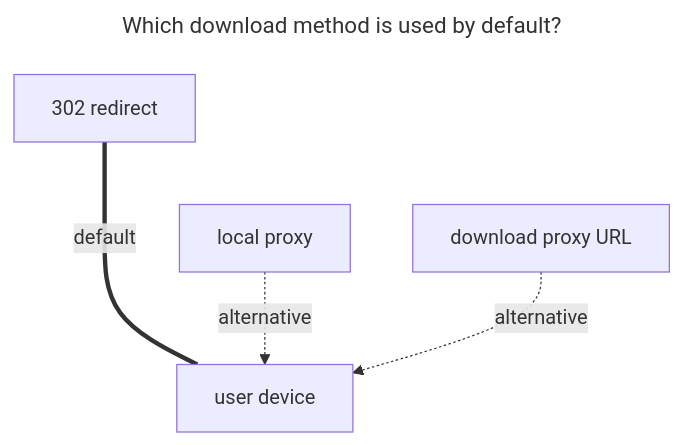
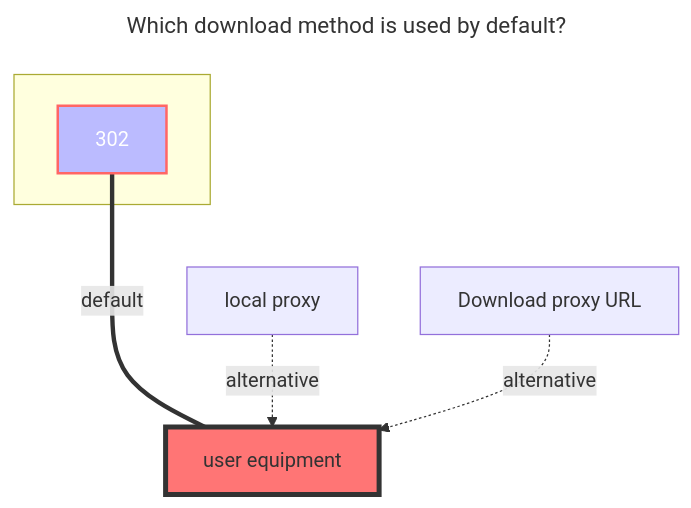
Before and after one commit to OpenListTeam/OpenList-Docs: the first of 2 diagrams in pages/guide/drivers/139.md, drawn with Mermaid. The commit also changed other lines of this file, not shown here.

Commit message:
docs: restore 139Yun diagram rendering

````diff
--- a/pages/guide/drivers/139.md
+++ b/pages/guide/drivers/139.md
@@ -389,12 +389,18 @@
 ```mermaid
 ---
 title: Which download method is used by default?
 ---
 flowchart TB
-    a1[302 redirect]====|default|a2[user device]
-    c1[local proxy]-.alternative.->a2
-    b1[download proxy URL]-.alternative.->a2
+    style a1 fill:#bbf,stroke:#f66,stroke-width:2px,color:#fff
+    style a2 fill:#ff7575,stroke:#333,stroke-width:4px
+    subgraph ide1 [ ]
+    a1
+    end
+    a1[302]:::someclass====|default|a2[user equipment]
+    classDef someclass fill:#f96
+    c1[local proxy]-.alternative.->a2[user equipment]
+    b1[Download proxy URL]-.alternative.->a2[user equipment]
     click a1 "../drivers/common.html#webdav-policy"
     click b1 "../drivers/common.html#webdav-policy"
     click c1 "../drivers/common.html#webdav-policy"
 ```
````
